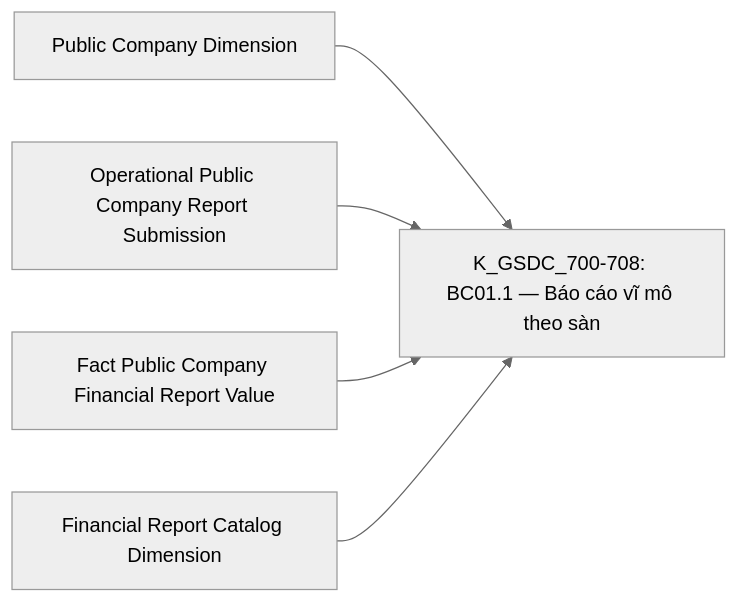
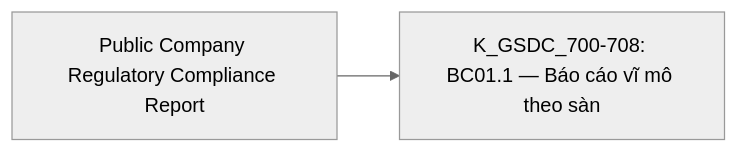
Before and after one commit to linhlvit/ubck_atomic_design: diagram 48 of 55 in Datamart/hld/DTM_GSDC_HLD.md, drawn with Mermaid (neutral theme). The commit also changed other lines of this file and 42 other files, not shown here.

````diff
--- a/Datamart/hld/DTM_GSDC_HLD.md
+++ b/Datamart/hld/DTM_GSDC_HLD.md
@@ -2491,7 +2802,4 @@
 ```mermaid
 flowchart LR
-    public_company_dim_g38["Public Company Dimension"] --> R38["K_GSDC_700-708: BC01.1 — Báo cáo vĩ mô theo sàn"]
-    pc_report_submission_g38["Operational Public Company Report Submission"] --> R38
-    fct_pc_fr_val_g38["Fact Public Company Financial Report Value"] --> R38
-    financial_rpt_catalog_dim_g38["Financial Report Catalog Dimension"] --> R38
+    public_company_regulatory_compliance_rpt_g38["Public Company Regulatory Compliance Report"] --> R38["K_GSDC_700-708: BC01.1 — Báo cáo vĩ mô theo sàn"]
 ```
````
